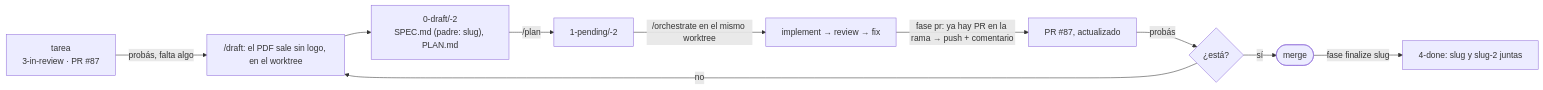
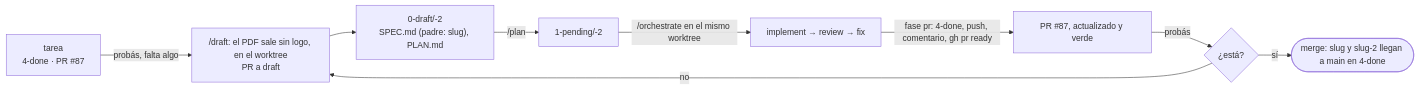
One commit to octavio-parozlabs/mindstack changed the diagram in skills/workflow/references/iterate.md. Above: the diagram before and after it, drawn with Mermaid. The commit also changed other lines of this file and 44 other files, not shown here.

````diff
--- a/skills/workflow/references/iterate.md
+++ b/skills/workflow/references/iterate.md
@@ -5,11 +5,11 @@
 ```mermaid
 flowchart LR
-    P["tarea <slug>\n3-in-review · PR #87"] -->|probás, falta algo| I["/draft: el PDF sale sin logo, en el worktree"]
+    P["tarea <slug>\n4-done · PR #87"] -->|probás, falta algo| I["/draft: el PDF sale sin logo, en el worktree\nPR a draft"]
     I --> A["0-draft/<slug>-2\nSPEC.md (padre: slug), PLAN.md"]
     A -->|/plan| B["1-pending/<slug>-2"]
     B -->|/orchestrate en el mismo worktree| C["implement → review → fix"]
-    C -->|"fase pr: ya hay PR en la rama → push + comentario"| P2["PR #87, actualizado"]
+    C -->|"fase pr: 4-done, push, comentario, gh pr ready"| P2["PR #87, actualizado y verde"]
     P2 -->|probás| D{¿está?}
     D -- no --> I
-    D -- sí --> M([merge]) -->|fase finalize slug| F["4-done: slug y slug-2 juntas"]
+    D -- sí --> M([merge: slug y slug-2 llegan a main en 4-done])
 ```
````
